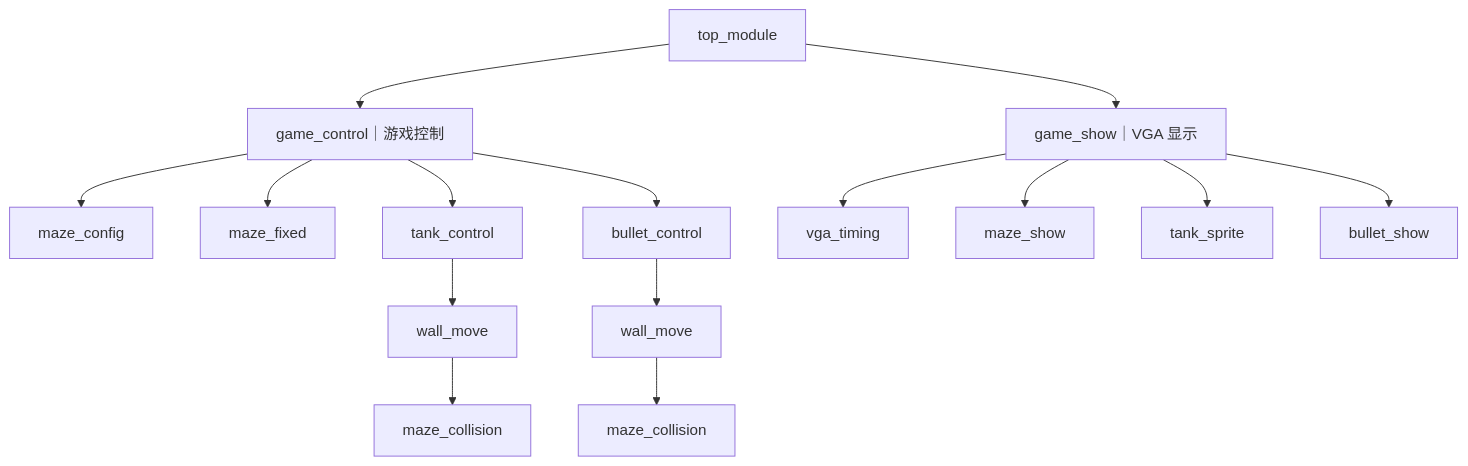
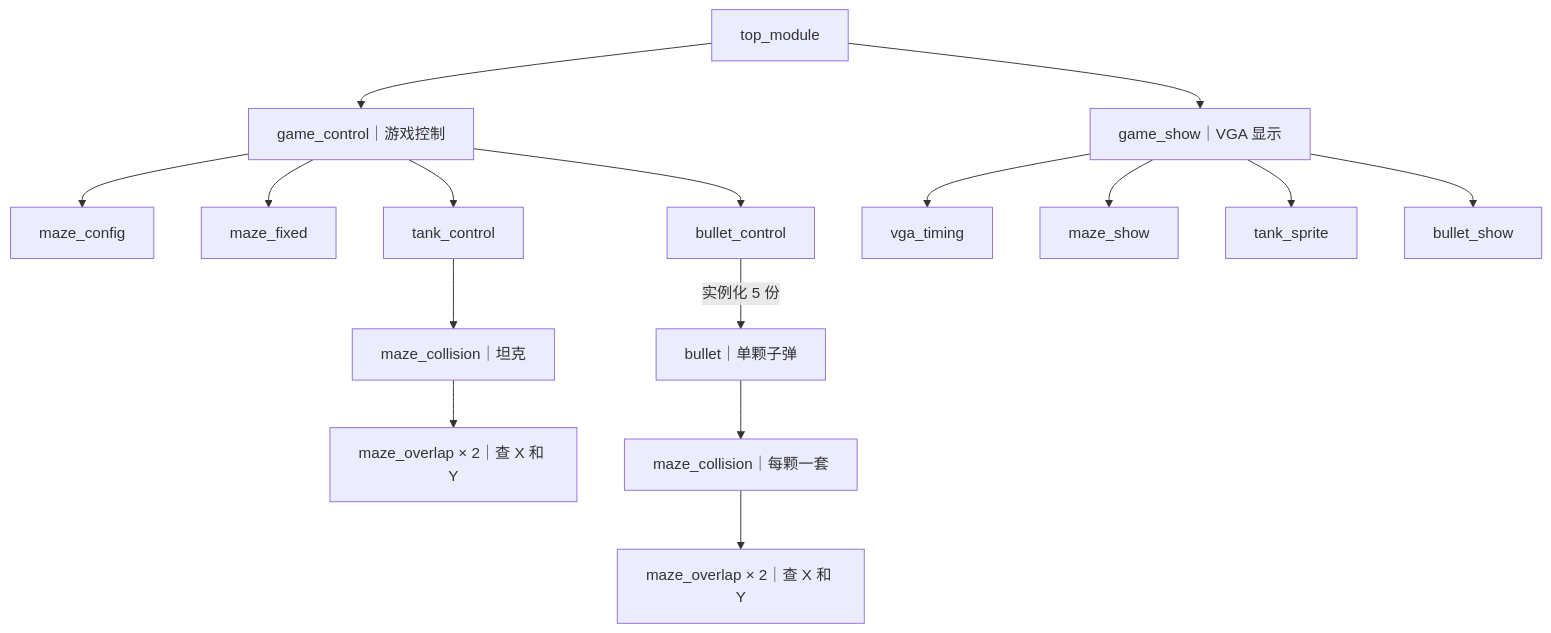
The first of 2 diagrams in README.md (sjy0630/tank-battle), drawn with Mermaid before and after one commit. The commit also changed other lines of this file, not shown here.

Commit message:
更新并行子弹与组合碰撞模块图

````diff
--- a/README.md
+++ b/README.md
@@ -13,21 +13,22 @@
 ```mermaid
 flowchart TB
     top["top_module"]
     top --> control["game_control｜游戏控制"]
     top --> show["game_show｜VGA 显示"]
 
     control --> config["maze_config"]
     control --> fixedMap["maze_fixed"]
     control --> tankControl["tank_control"]
     control --> bulletControl["bullet_control"]
 
-    tankControl --> tankMove["wall_move"]
-    tankMove --> tankCollision["maze_collision"]
-    bulletControl --> bulletMove["wall_move"]
-    bulletMove --> bulletCollision["maze_collision"]
+    tankControl --> tankCollision["maze_collision｜坦克"]
+    tankCollision --> tankCheck["maze_overlap × 2｜查 X 和 Y"]
+    bulletControl -->|"实例化 5 份"| bullet["bullet｜单颗子弹"]
+    bullet --> bulletCollision["maze_collision｜每颗一套"]
+    bulletCollision --> bulletCheck["maze_overlap × 2｜查 X 和 Y"]
 
     show --> timing["vga_timing"]
     show --> mazeShow["maze_show"]
     show --> tankSprite["tank_sprite"]
     show --> bulletShow["bullet_show"]
 ```
````
